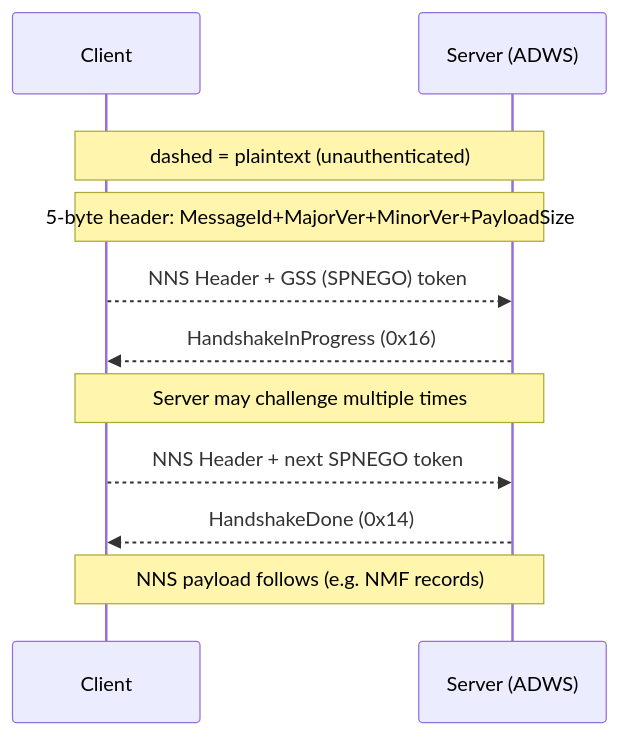
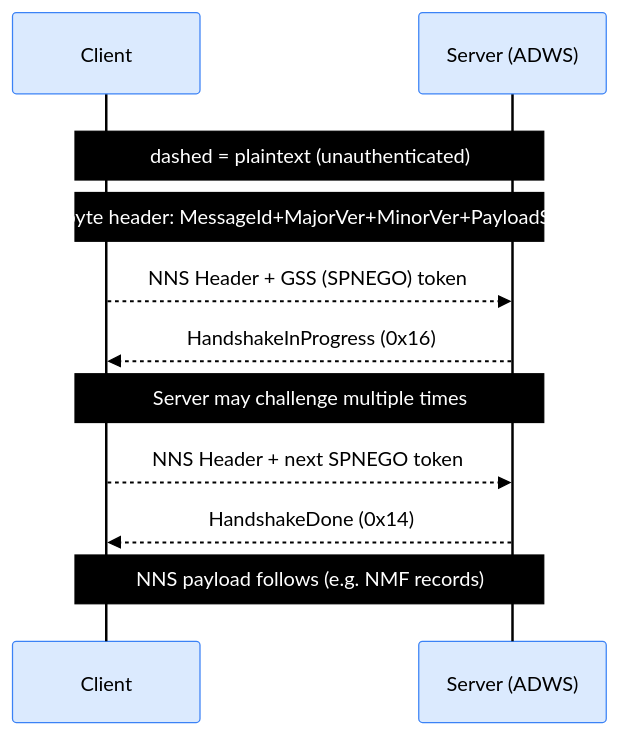
The fourth of 4 diagrams in articles/adws-the-soap-bridge.md (Macmod/ginpacket-wiki), drawn with Mermaid before and after one commit. The commit also changed other lines of this file, not shown here.

Commit message:
Testing mermaid style.

````diff
--- a/articles/adws-the-soap-bridge.md
+++ b/articles/adws-the-soap-bridge.md
@@ -518,16 +533,31 @@
 ```mermaid
+%%{init: {'theme': 'base', 'themeVariables': {
+  'actorBkg': '#dbeafe',
+  'actorBorder': '#3b82f6',
+  'actorTextColor': '#000000',
+  'actorLineColor': '#000000',
+  'signalColor': '#000000',
+  'signalTextColor': '#000000',
+  'labelBoxBkgColor': '#dbeafe',
+  'labelBoxBorderColor': '#3b82f6',
+  'labelTextColor': '#000000',
+  'loopTextColor': '#000000',
+  'noteBkgColor': '#000000',
+  'noteBorderColor': '#000000',
+  'noteTextColor': '#ffffff'
+}}}%%
 sequenceDiagram
     participant C as Client
     participant S as Server (ADWS)
 
     rect rgb(255, 255, 255)
     Note over C,S: dashed = plaintext (unauthenticated)
     Note over C,S: 5-byte header: MessageId+MajorVer+MinorVer+PayloadSize
     C-->>S: NNS Header + GSS (SPNEGO) token
     S-->>C: HandshakeInProgress (0x16)
     Note over C,S: Server may challenge multiple times
     C-->>S: NNS Header + next SPNEGO token
     S-->>C: HandshakeDone (0x14)
     Note over C,S: NNS payload follows (e.g. NMF records)
     end
 ```
````
